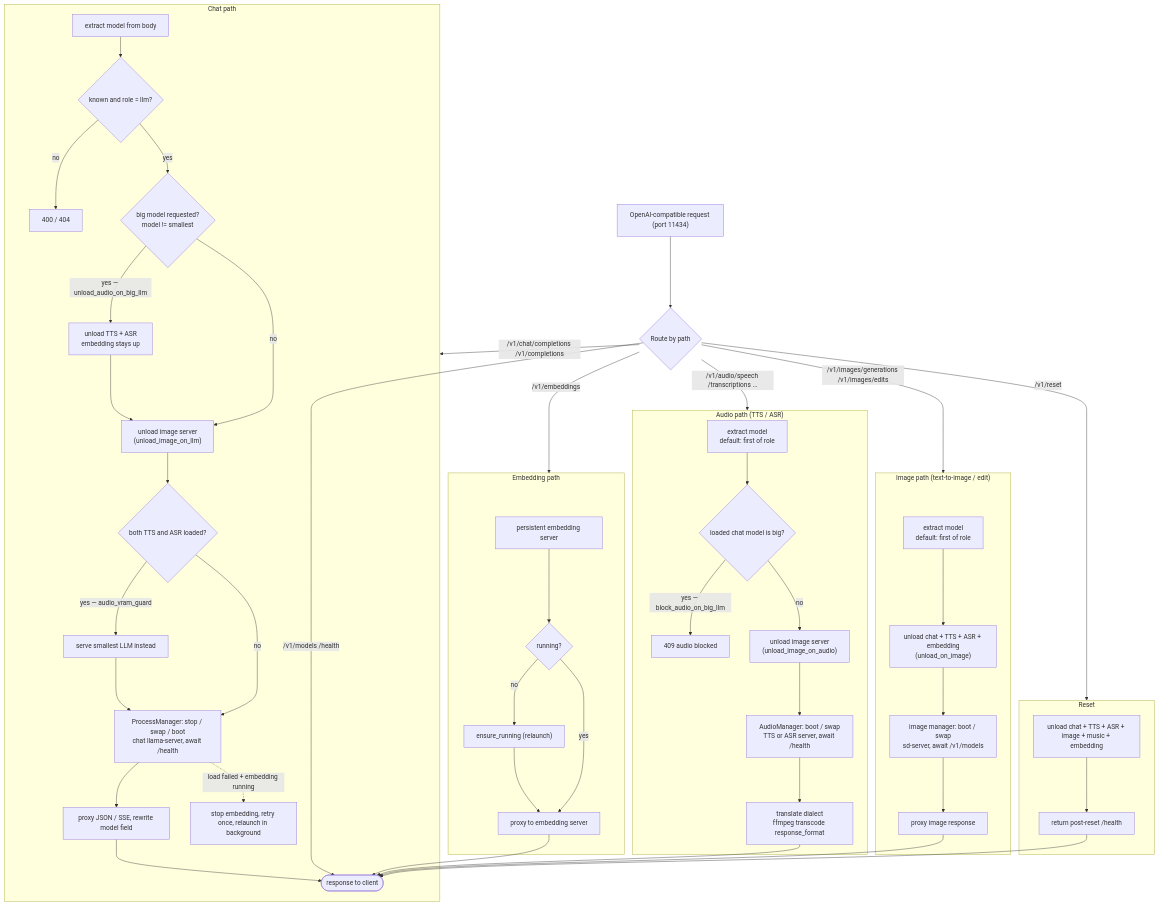
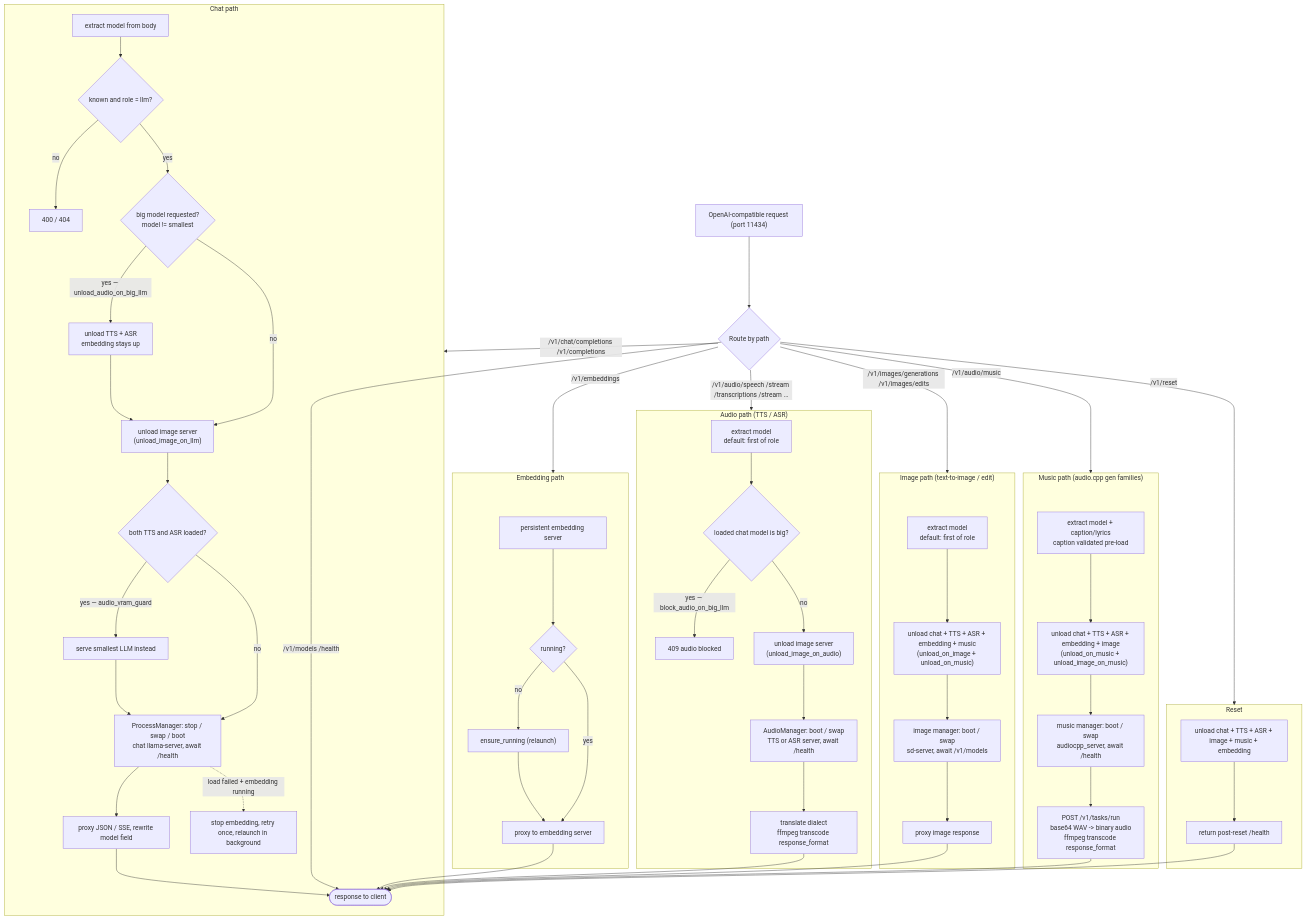
Before and after one commit to AdelNazmy/llamaswap: the diagram in README.md, drawn with Mermaid. The commit also changed other lines of this file and 1 other file, not shown here.

Commit message:
docs: music/streaming flow refresh (residents, API table, mermaid music path)

````diff
--- a/README.md
+++ b/README.md
@@ -265,58 +286,66 @@
 ```mermaid
 flowchart TD
     IN["OpenAI-compatible request (port 11434)"] --> R{Route by path}
 
     R -->|"/v1/chat/completions /v1/completions"| CH
     R -->|"/v1/embeddings"| EM
-    R -->|"/v1/audio/speech /transcriptions ..."| AU
+    R -->|"/v1/audio/speech /stream /transcriptions /stream ..."| AU
     R -->|"/v1/images/generations /v1/images/edits"| IM
+    R -->|"/v1/audio/music"| MU
     R -->|"/v1/reset"| RS
     R -->|"/v1/models /health"| OUT
 
     subgraph CH["Chat path"]
         CH1["extract model from body"] --> CH2{"known and role = llm?"}
         CH2 -->|"no"| CH2x["400 / 404"]
         CH2 -->|"yes"| CH3{"big model requested?<br/>model != smallest"}
         CH3 -->|"yes — unload_audio_on_big_llm"| CH4["unload TTS + ASR<br/>embedding stays up"]
         CH3 -->|"no"| CH4b["unload image server<br/>(unload_image_on_llm)"]
         CH4 --> CH4b
         CH4b --> CH5{"both TTS and ASR loaded?"}
         CH5 -->|"yes — audio_vram_guard"| CH6["serve smallest LLM instead"]
         CH5 -->|"no"| CH7
         CH6 --> CH7
         CH7["ProcessManager: stop / swap / boot<br/>chat llama-server, await /health"] --> CH8["proxy JSON / SSE, rewrite model field"]
         CH8 --> OUT
         CH7 -.->|"load failed + embedding running"| CH9["stop embedding, retry once, relaunch in background"]
     end
 
     subgraph AU["Audio path (TTS / ASR)"]
         AU1["extract model<br/>default: first of role"] --> AU2{"loaded chat model is big?"}
         AU2 -->|"yes — block_audio_on_big_llm"| AU3["409 audio blocked"]
         AU2 -->|"no"| AU4["unload image server<br/>(unload_image_on_audio)"]
         AU4 --> AU5["AudioManager: boot / swap<br/>TTS or ASR server, await /health"]
         AU5 --> AU6["translate dialect<br/>ffmpeg transcode response_format"]
         AU6 --> OUT
     end
 
     subgraph IM["Image path (text-to-image / edit)"]
-        IM1["extract model<br/>default: first of role"] --> IM2["unload chat + TTS + ASR + embedding<br/>(unload_on_image)"]
+        IM1["extract model<br/>default: first of role"] --> IM2["unload chat + TTS + ASR + embedding + music<br/>(unload_on_image + unload_on_music)"]
         IM2 --> IM3["image manager: boot / swap<br/>sd-server, await /v1/models"]
         IM3 --> IM4["proxy image response"]
         IM4 --> OUT
+    end
+
+    subgraph MU["Music path (audio.cpp gen families)"]
+        MU1["extract model + caption/lyrics<br/>caption validated pre-load"] --> MU2["unload chat + TTS + ASR + embedding + image<br/>(unload_on_music + unload_image_on_music)"]
+        MU2 --> MU3["music manager: boot / swap<br/>audiocpp_server, await /health"]
+        MU3 --> MU4["POST /v1/tasks/run<br/>base64 WAV -> binary audio<br/>ffmpeg transcode response_format"]
+        MU4 --> OUT
     end
 
     subgraph EM["Embedding path"]
         EM1["persistent embedding server"] --> EM2{"running?"}
         EM2 -->|"no"| EM3["ensure_running (relaunch)"]
         EM3 --> EM4["proxy to embedding server"]
         EM2 -->|"yes"| EM4
         EM4 --> OUT
     end
 
     subgraph RS["Reset"]
         RS1["unload chat + TTS + ASR + image + music + embedding"] --> RS2["return post-reset /health"]
         RS2 --> OUT
     end
 
     OUT(["response to client"])
 ```
````
